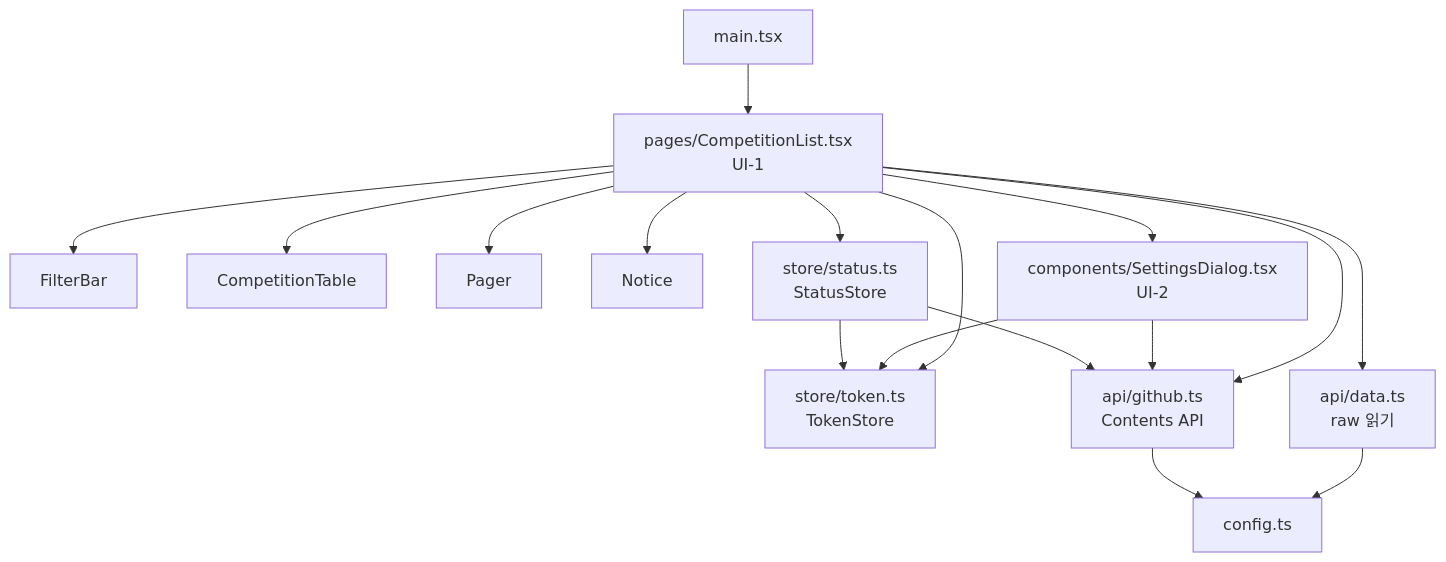
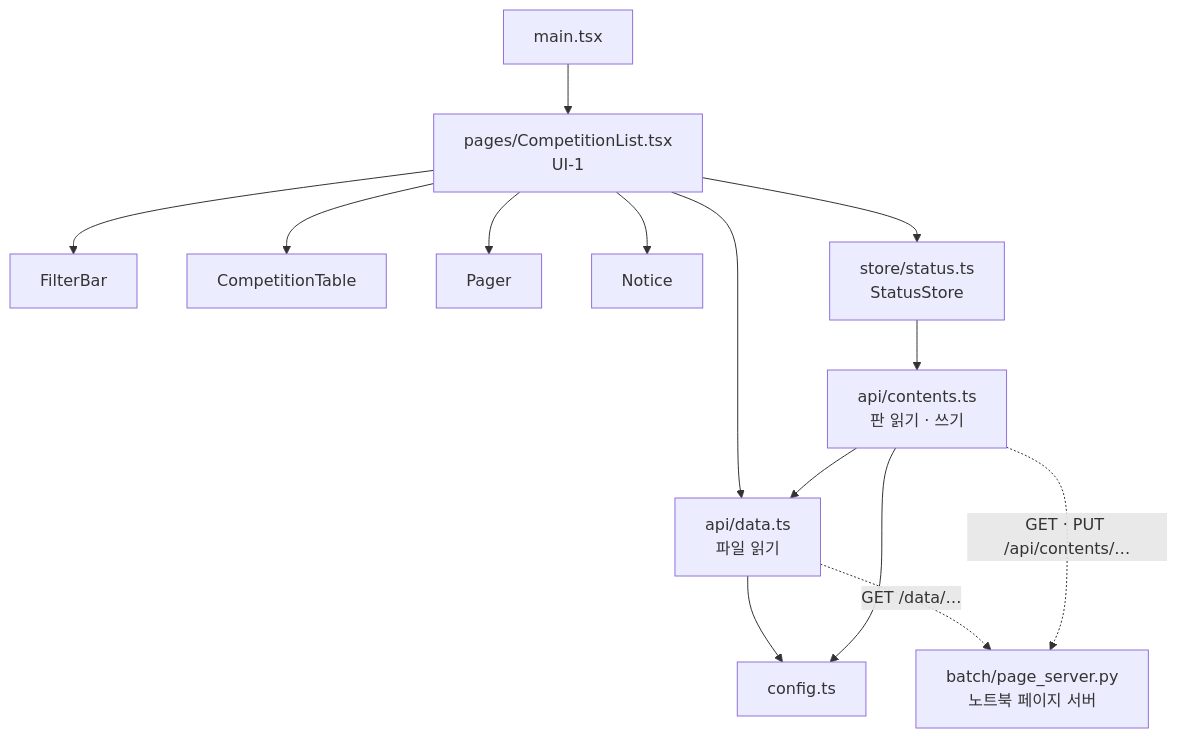
The eighth of 20 diagrams in docs/specs/06-DOM/CCR-DOM-002.md (HoyoungParkme/competition-crawler), drawn with Mermaid before and after one commit. The commit also changed other lines of this file, not shown here.

First line of the commit message:
spec(CCR-DOM-002): 노트북 페이지 서버(4.12 Mirror · PageHandler)를 더하고 페이지 토큰 블록을 지운다

````diff
--- a/docs/specs/06-DOM/CCR-DOM-002.md
+++ b/docs/specs/06-DOM/CCR-DOM-002.md
@@ -413,32 +426,28 @@
 ```mermaid
 flowchart TB
     MAIN["main.tsx"]
     CL["pages/CompetitionList.tsx<br/>UI-1"]
     FB[FilterBar]
     CT[CompetitionTable]
     PG[Pager]
     NT[Notice]
-    SD["components/SettingsDialog.tsx<br/>UI-2"]
     ST["store/status.ts<br/>StatusStore"]
-    TK["store/token.ts<br/>TokenStore"]
-    DA["api/data.ts<br/>raw 읽기"]
-    GH["api/github.ts<br/>Contents API"]
+    DA["api/data.ts<br/>파일 읽기"]
+    CA["api/contents.ts<br/>판 읽기 · 쓰기"]
     CF["config.ts"]
+    SV["batch/page_server.py<br/>노트북 페이지 서버"]
 
     MAIN --> CL
     CL --> FB
     CL --> CT
     CL --> PG
     CL --> NT
-    CL --> SD
     CL --> DA
-    CL --> GH
     CL --> ST
-    CL --> TK
-    SD --> TK
-    SD --> GH
-    ST --> GH
-    ST --> TK
+    ST --> CA
+    CA --> DA
     DA --> CF
-    GH --> CF
+    CA --> CF
+    DA -.->|"GET /data/…"| SV
+    CA -.->|"GET · PUT /api/contents/…"| SV
 ```
````
